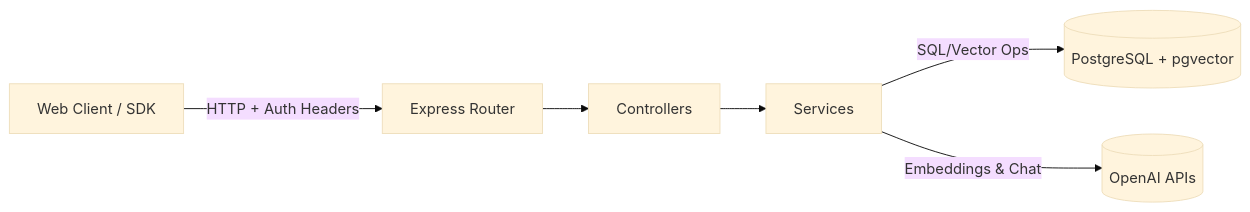
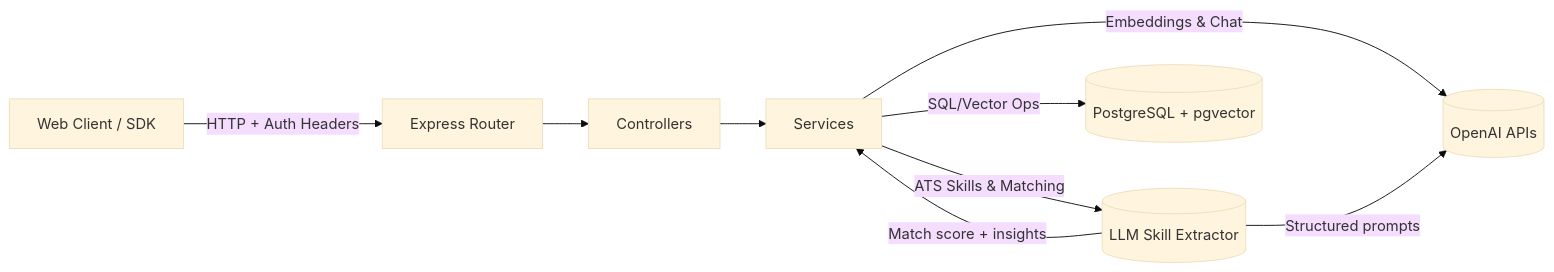
Before and after one commit to banglahouse/resume_screener_backend: the first of 2 diagrams in README.md, drawn with Mermaid (base theme). The commit also changed other lines of this file and 6 other files, not shown here.

````diff
--- a/README.md
+++ b/README.md
@@ -23,9 +24,12 @@
 ```mermaid
 flowchart LR
   Client[Web Client / SDK]
   Client -->|HTTP + Auth Headers| API[Express Router]
   API --> Controllers
   Controllers --> Services
+  Services -->|ATS Skills & Matching| SkillExtractor[(LLM Skill Extractor)]
   Services -->|SQL/Vector Ops| DB[(PostgreSQL + pgvector)]
   Services -->|Embeddings & Chat| OpenAI[(OpenAI APIs)]
+  SkillExtractor -->|Structured prompts| OpenAI
+  SkillExtractor -->|Match score + insights| Services
 ```
````
